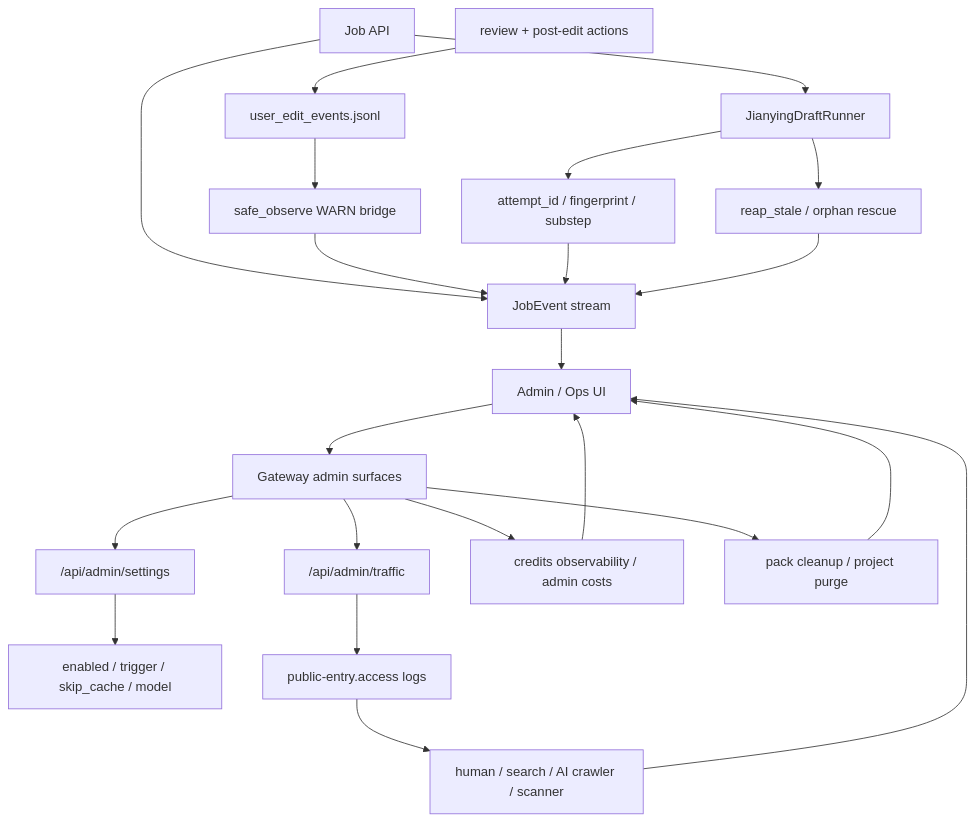
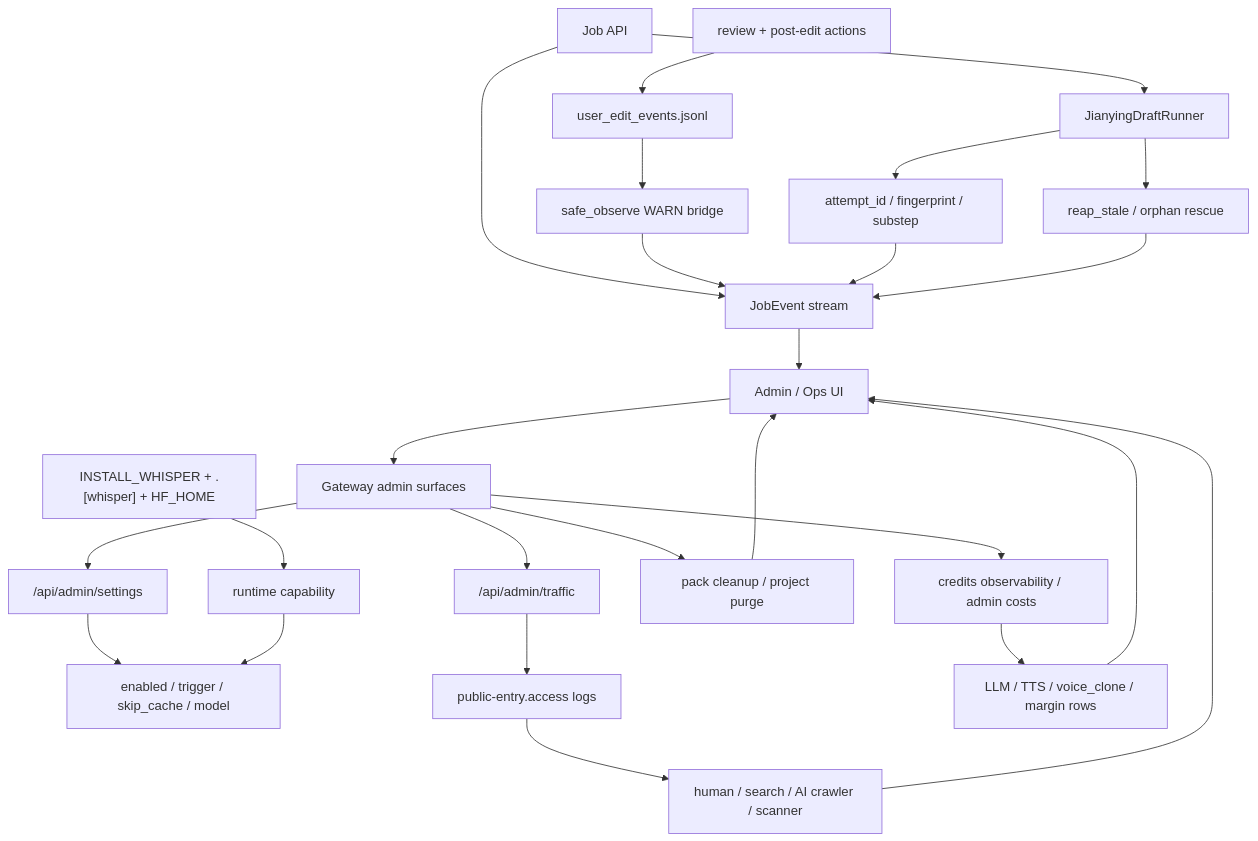
One commit to sun9bear/AITransVideo changed the diagram in docs/graphs/GITNEXUS_ADMIN_OPS_CALIBRATION_GRAPH.md. Above: the diagram before and after it, drawn with Mermaid. The commit also changed other lines of this file and 6 other files, not shown here.

Commit message:
docs(graphs): refresh GitNexus graphs to 5c88213

````diff
--- a/docs/graphs/GITNEXUS_ADMIN_OPS_CALIBRATION_GRAPH.md
+++ b/docs/graphs/GITNEXUS_ADMIN_OPS_CALIBRATION_GRAPH.md
@@ -17,28 +18,33 @@
 ```mermaid
 graph TD
     AdminUI["Admin / Ops UI"] --> Gateway["Gateway admin surfaces"]
     Gateway --> Settings["/api/admin/settings"]
     Gateway --> Traffic["/api/admin/traffic"]
     Gateway --> Credits["credits observability / admin costs"]
     Gateway --> Cleanup["pack cleanup / project purge"]
 
     Settings --> WhisperPolicy["enabled / trigger / skip_cache / model"]
+    OpsEnv["INSTALL_WHISPER + .[whisper] + HF_HOME"] --> WhisperCap["runtime capability"]
+    WhisperCap --> WhisperPolicy
+
     Traffic --> CaddyLogs["public-entry.access logs"]
     CaddyLogs --> Categories["human / search / AI crawler / scanner"]
+
+    Credits --> CostRows["LLM / TTS / voice_clone / margin rows"]
 
     JobApi["Job API"] --> JobEvents["JobEvent stream"]
     JobApi --> JRunner["JianyingDraftRunner"]
     JRunner --> RunnerState["attempt_id / fingerprint / substep"]
     JRunner --> Rescue["reap_stale / orphan rescue"]
 
     ReviewEdit["review + post-edit actions"] --> UserEditAudit["user_edit_events.jsonl"]
     UserEditAudit --> WarnBridge["safe_observe WARN bridge"]
     WarnBridge --> JobEvents
 
     RunnerState --> JobEvents
     Rescue --> JobEvents
     Categories --> AdminUI
-    Credits --> AdminUI
+    CostRows --> AdminUI
     Cleanup --> AdminUI
     JobEvents --> AdminUI
 ```
````
